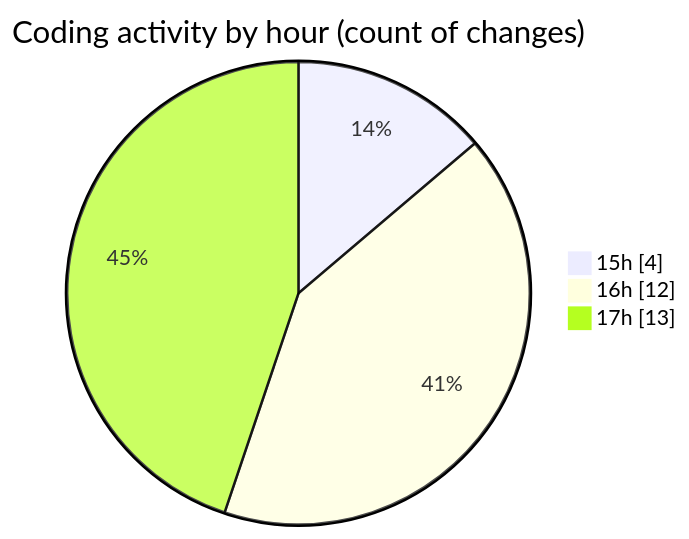
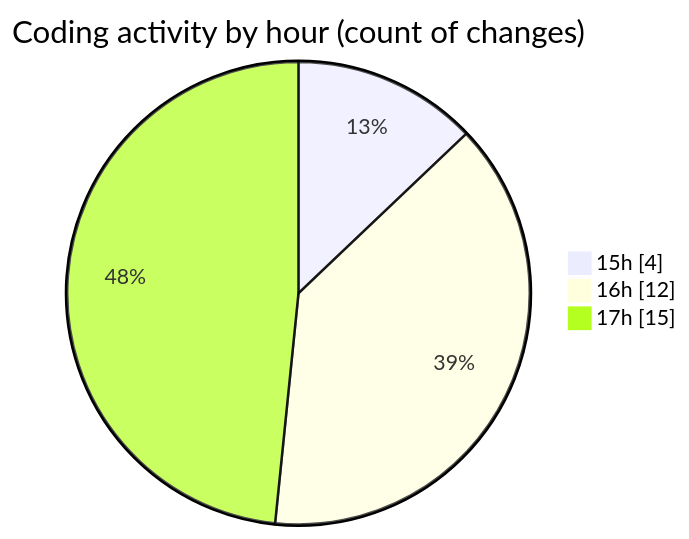
Before and after one commit to debugP/code-tracking: the second of 2 diagrams in 2025-10-06/untitled__workspace_/README.md, drawn with Mermaid. The commit also changed other lines of this file and 1 other file, not shown here.

````diff
--- a/2025-10-06/untitled__workspace_/README.md
+++ b/2025-10-06/untitled__workspace_/README.md
@@ -37,7 +37,7 @@
 ```mermaid
 pie showData
 title Coding activity by hour (count of changes)
 "15h" : 4
 "16h" : 12
-"17h" : 13
+"17h" : 15
 ```
````
